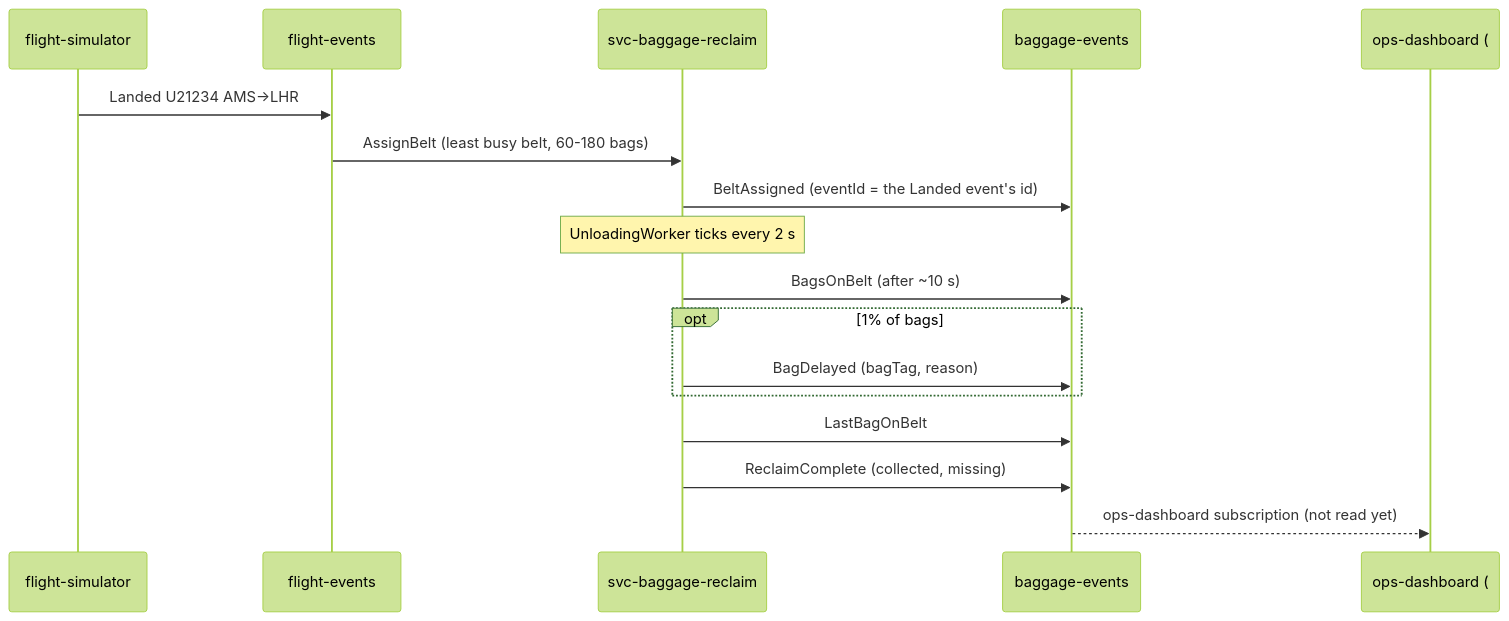
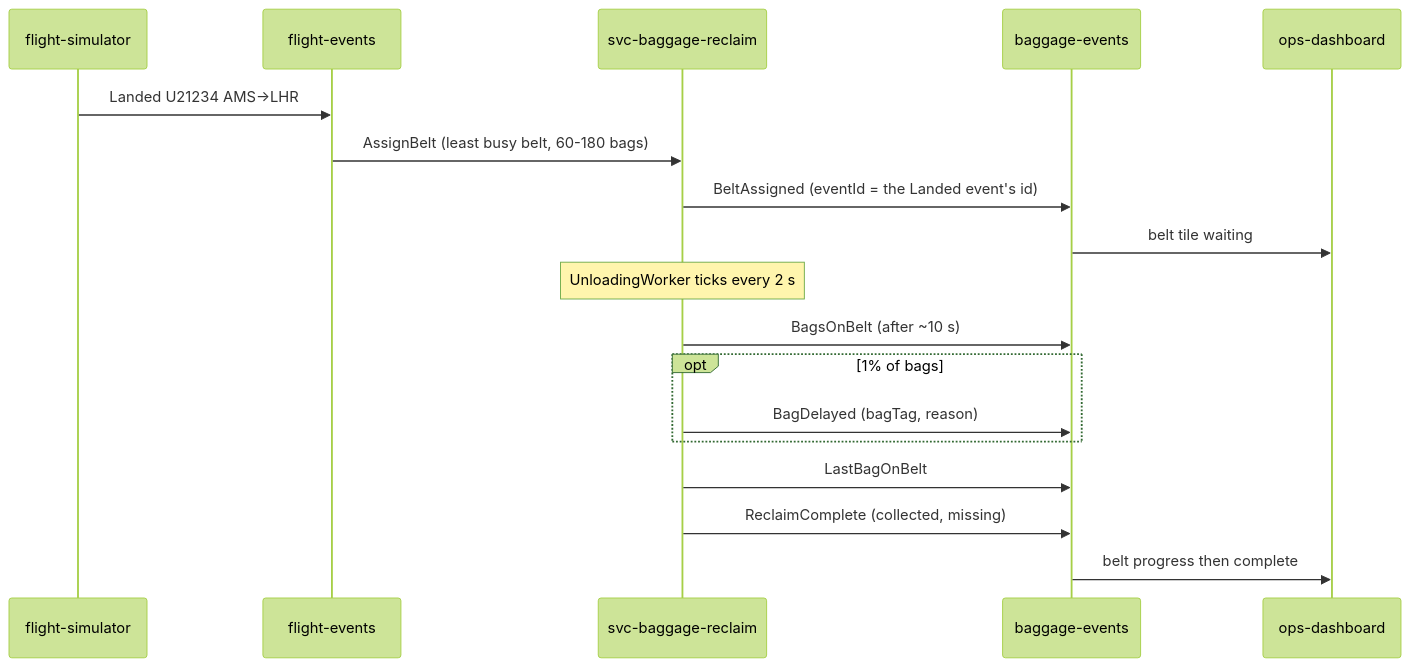
The fourth of 4 diagrams in docs/architecture/airport-overview.md (aeroflow-air/platform-handbook), drawn with Mermaid (forest theme) before and after one commit. The commit also changed other lines of this file, not shown here.

First line of the commit message:
docs: refresh airport overview for gate-events and live dashboard

````diff
--- a/docs/architecture/airport-overview.md
+++ b/docs/architecture/airport-overview.md
@@ -158,19 +178,20 @@
 ```mermaid
 sequenceDiagram
   participant Sim as flight-simulator
   participant FE as flight-events
   participant Bag as svc-baggage-reclaim
   participant BE as baggage-events
-  participant Dash as ops-dashboard (#53)
+  participant Dash as ops-dashboard
   Sim->>FE: Landed U21234 AMS→LHR
   FE->>Bag: AssignBelt (least busy belt, 60-180 bags)
   Bag->>BE: BeltAssigned (eventId = the Landed event's id)
+  BE->>Dash: belt tile waiting
   Note over Bag: UnloadingWorker ticks every 2 s
   Bag->>BE: BagsOnBelt (after ~10 s)
   opt 1% of bags
     Bag->>BE: BagDelayed (bagTag, reason)
   end
   Bag->>BE: LastBagOnBelt
   Bag->>BE: ReclaimComplete (collected, missing)
-  BE-->>Dash: ops-dashboard subscription (not read yet)
+  BE->>Dash: belt progress then complete
 ```
````
